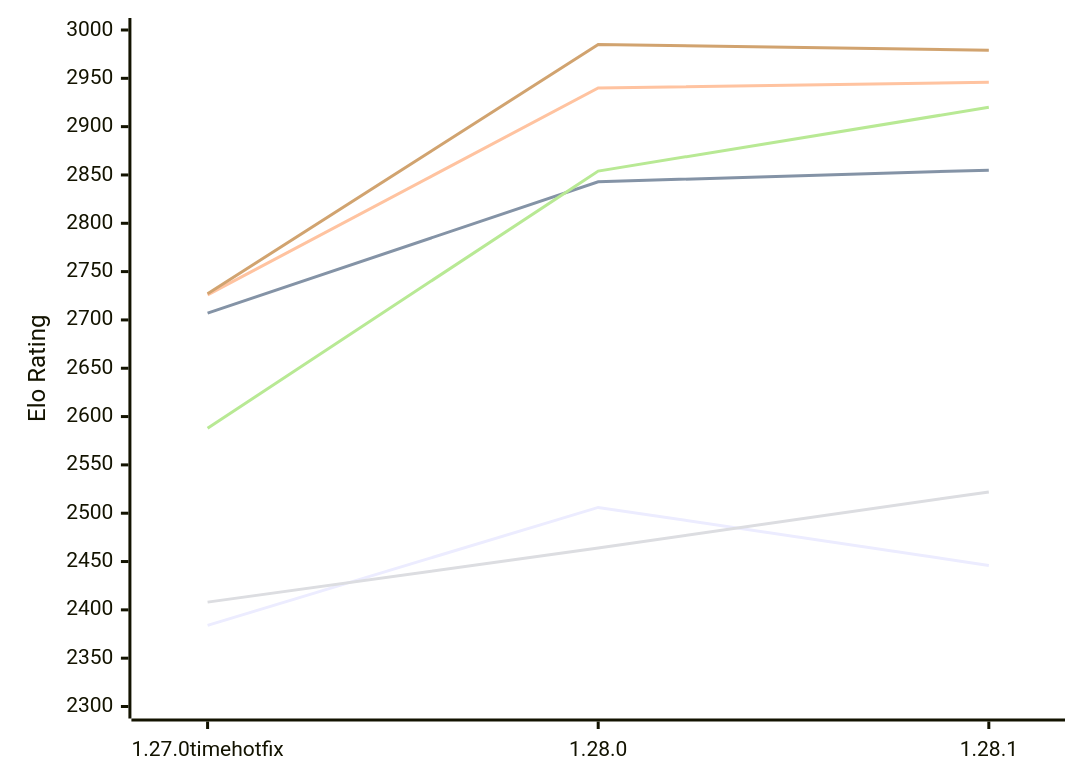
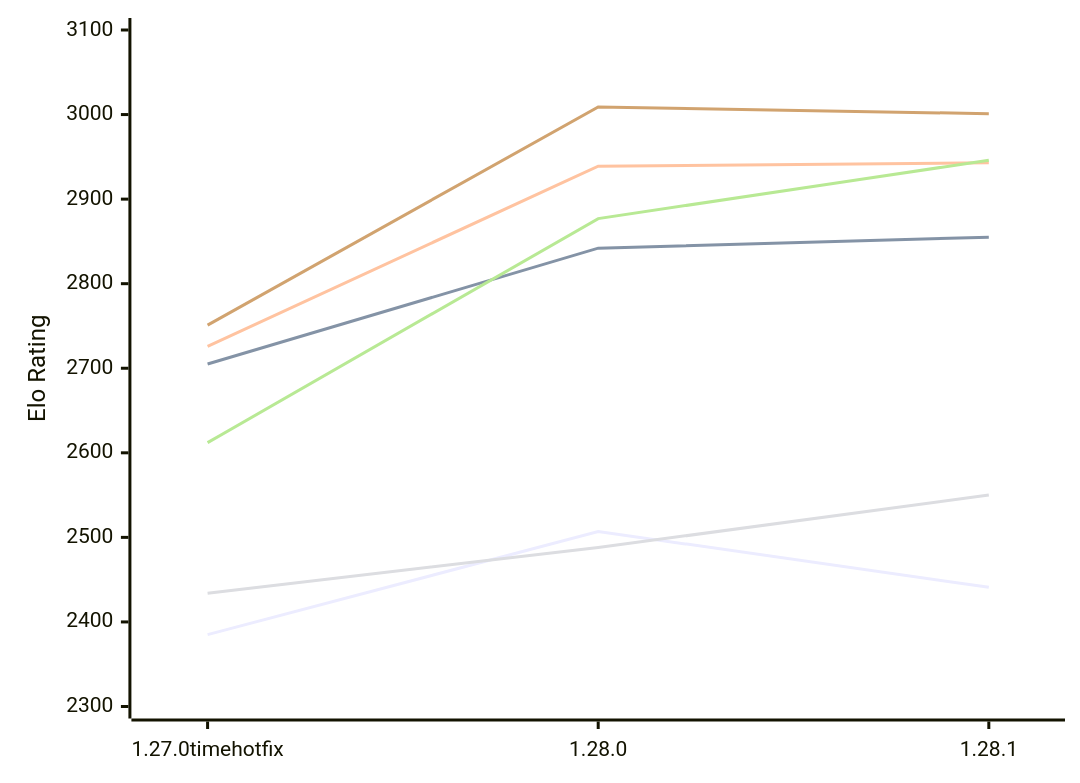
Before and after one commit to computer-chess-index/cci: the first of 2 diagrams in engines/Aurora.md, drawn with Mermaid. The commit also changed other lines of this file, not shown here.

Commit message:
Update CCI Ratings (ELO VLTC) - 2026-11-04

````diff
--- a/engines/Aurora.md
+++ b/engines/Aurora.md
@@ -52,12 +52,12 @@
 ```mermaid
 %%{init: {"theme":"base","themeVariables":{"seriesColors:['#a3a3a3','#222221','#faa371']}}}%%
 xychart-beta
   x-axis ["1.27.0timehotfix", "1.28.0", "1.28.1"]
-  y-axis "Elo Rating" 2300 --> 3000
-  line "E1: STC (8.0+0.08s)" [2384, 2506, 2446]
-  line "E1: LTC (60.0+0.60s)" [2707, 2843, 2855]
-  line "E1: VLTC (2m24s+1.12s)" [2726, 2940, 2946]
-  line "P1: STC (8.0+0.08s)" [2408, 2464, 2522]
-  line "P1: LTC (60.0+0.60s)" [2588, 2854, 2920]
-  line "P1: VLTC (2m24s+1.12s)" [2727, 2985, 2979]
+  y-axis "Elo Rating" 2300 --> 3100
+  line "E1: STC (8.0+0.08s)" [2385, 2507, 2441]
+  line "E1: LTC (60.0+0.60s)" [2705, 2842, 2855]
+  line "E1: VLTC (2m24s+1.12s)" [2726, 2939, 2943]
+  line "P1: STC (8.0+0.08s)" [2434, 2488, 2550]
+  line "P1: LTC (60.0+0.60s)" [2612, 2877, 2946]
+  line "P1: VLTC (2m24s+1.12s)" [2751, 3009, 3001]
 ```
````
